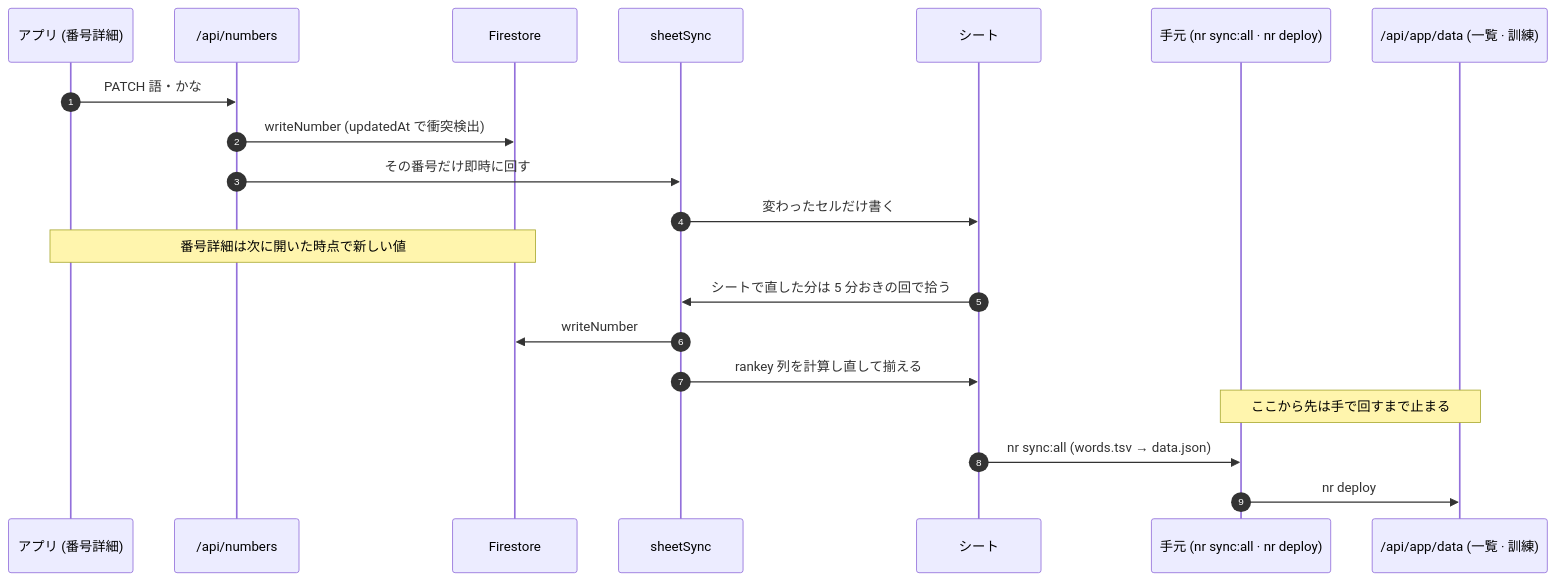
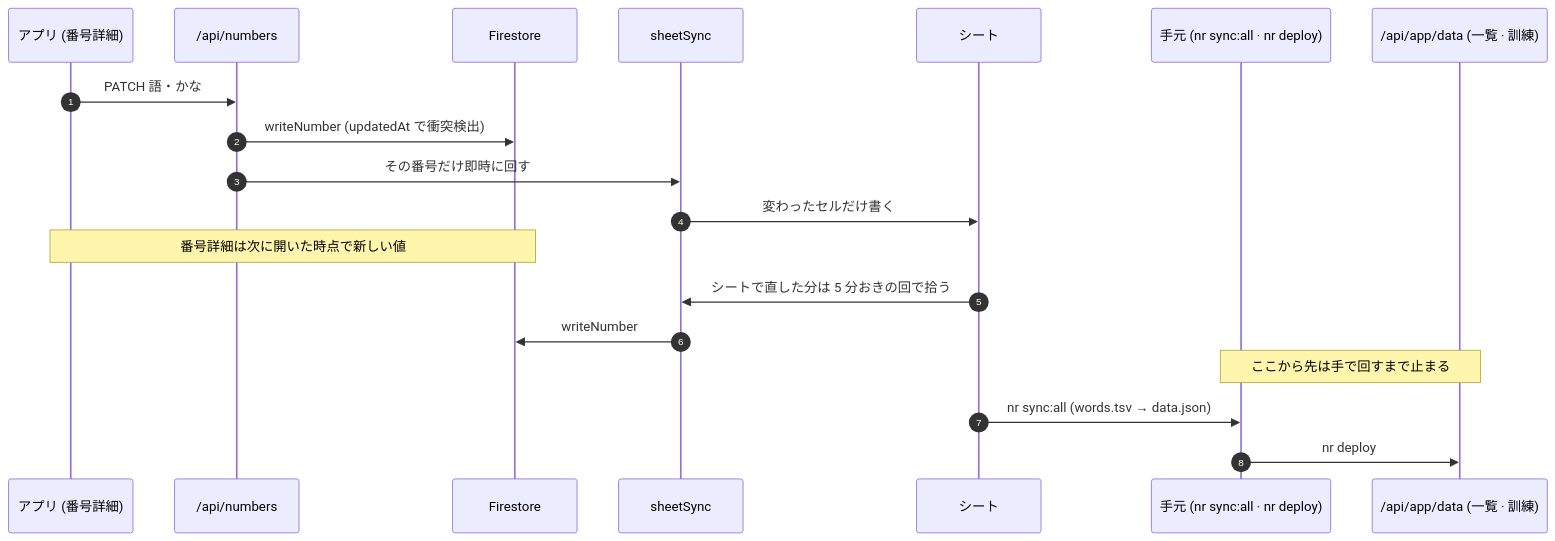
The third of 5 diagrams in docs/data-flow.md (elzup/999), drawn with Mermaid before and after one commit. The commit also changed other lines of this file and 9 other files, not shown here.

````diff
--- a/docs/data-flow.md
+++ b/docs/data-flow.md
@@ -92,23 +91,22 @@
 ```mermaid
 sequenceDiagram
   autonumber
   participant A as アプリ (番号詳細)
   participant N as /api/numbers
   participant F as Firestore
   participant S as sheetSync
   participant Sh as シート
   participant L as 手元 (nr sync:all · nr deploy)
   participant D as /api/app/data (一覧 · 訓練)
 
   A->>N: PATCH 語・かな
   N->>F: writeNumber (updatedAt で衝突検出)
   N->>S: その番号だけ即時に回す
   S->>Sh: 変わったセルだけ書く
   Note over A,F: 番号詳細は次に開いた時点で新しい値
   Sh->>S: シートで直した分は 5 分おきの回で拾う
   S->>F: writeNumber
-  S->>Sh: rankey 列を計算し直して揃える
   Note over L,D: ここから先は手で回すまで止まる
   Sh->>L: nr sync:all (words.tsv → data.json)
   L->>D: nr deploy
 ```
````
